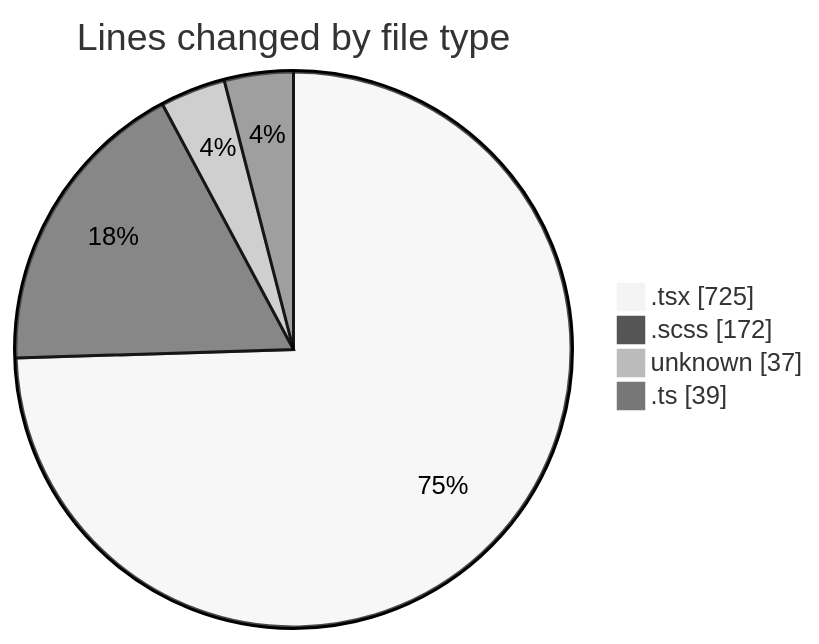
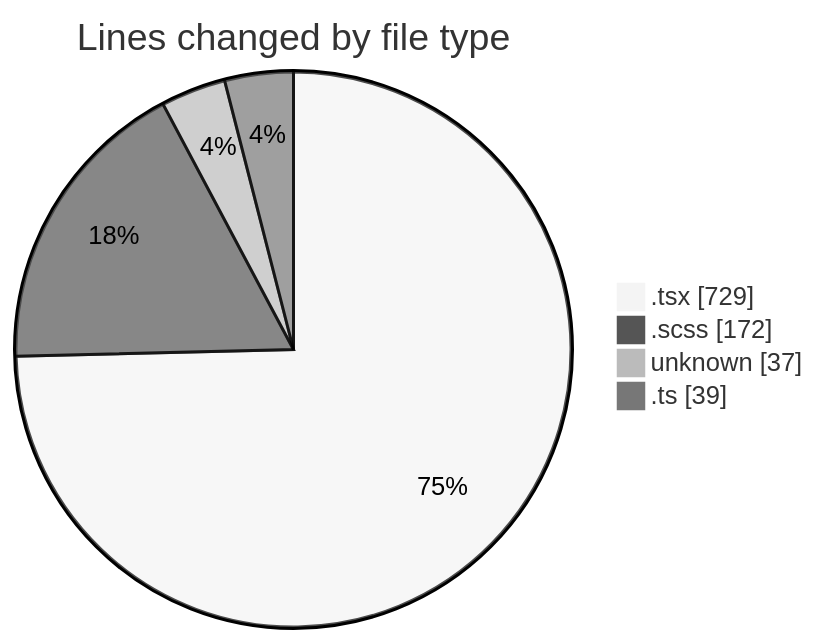
Before and after one commit to momahboobian/code-tracking: the first of 2 diagrams in 2025-09-16/cda/README.md, drawn with Mermaid (neutral theme). The commit also changed other lines of this file and 1 other file, not shown here.

````diff
--- a/2025-09-16/cda/README.md
+++ b/2025-09-16/cda/README.md
@@ -24,8 +24,8 @@
 ```mermaid
 pie showData
 title Lines changed by file type
-".tsx" : 725
+".tsx" : 729
 ".scss" : 172
 "unknown" : 37
 ".ts" : 39
 ```
````
